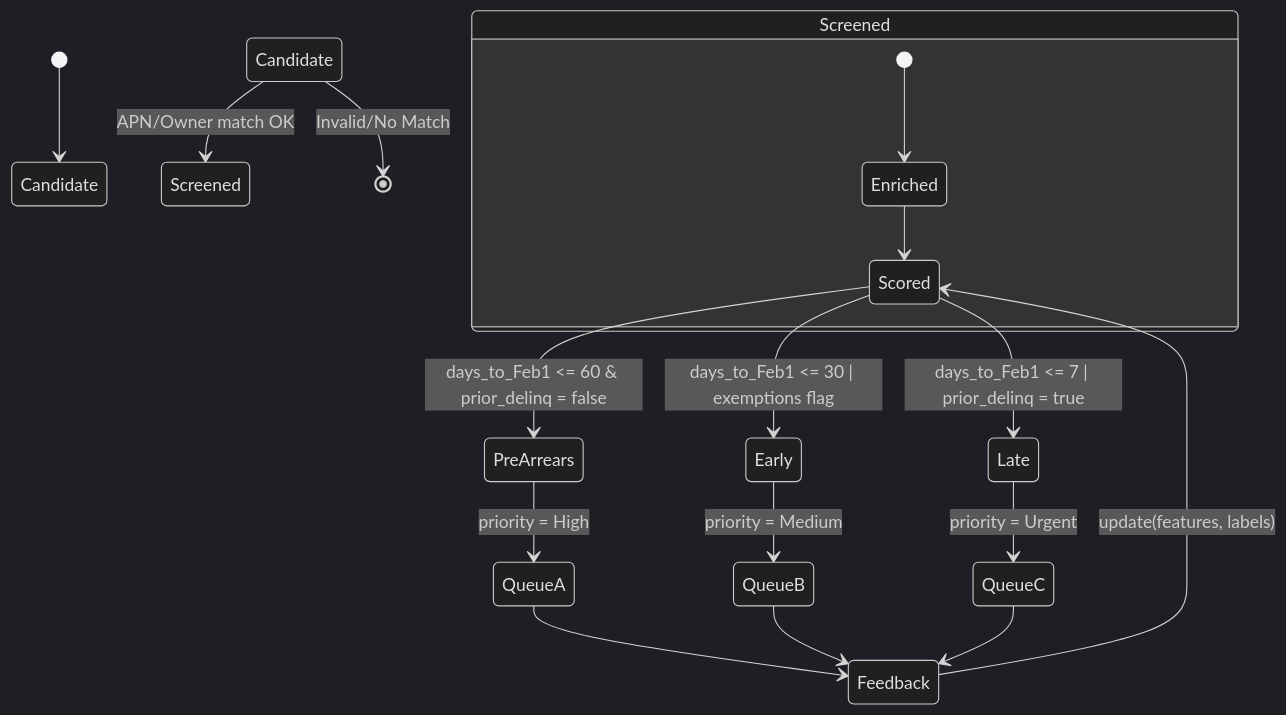
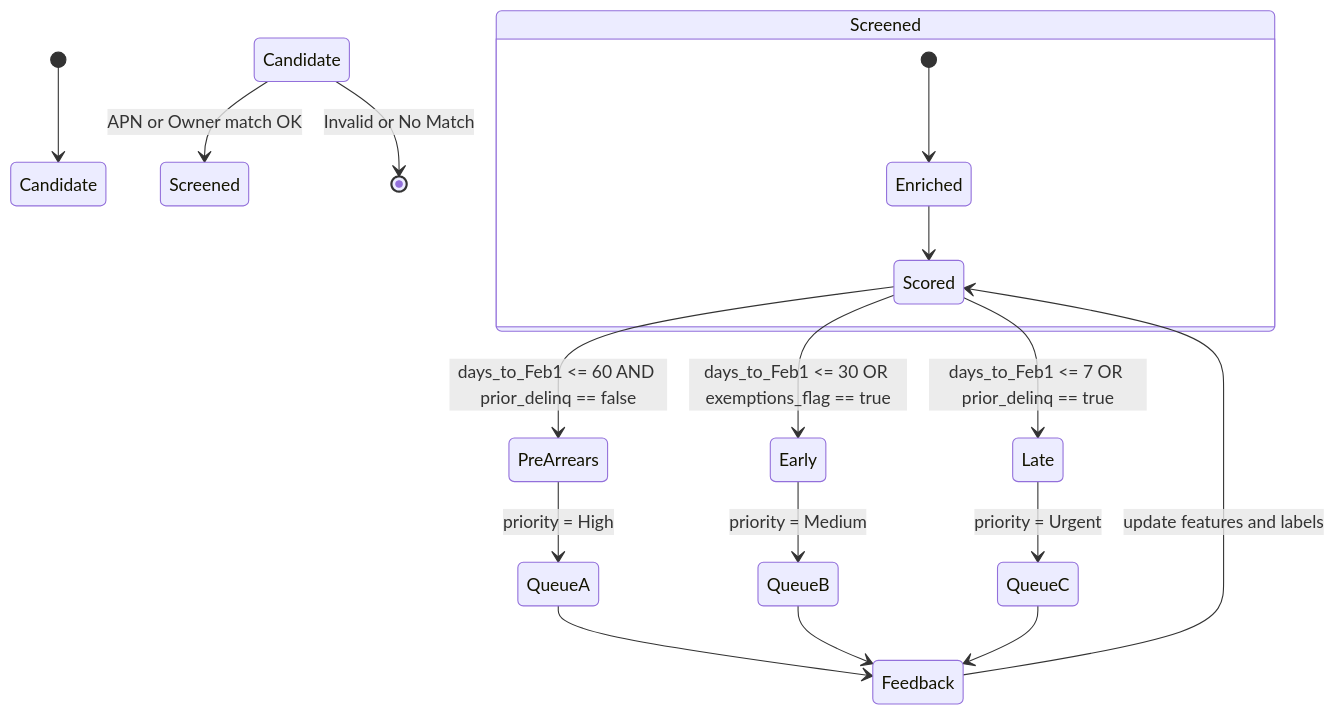
One commit to emcdo411/re-project changed the third of 5 diagrams in README.md. Above: the diagram before and after it, drawn with Mermaid. The commit also changed other lines of this file, not shown here.

````diff
--- a/README.md
+++ b/README.md
@@ -103,26 +92,25 @@
 ```mermaid
-%%{init: {"theme":"dark"}}%%
 stateDiagram-v2
   [*] --> Candidate
   state "Candidate" as C
-  C --> Screened: APN/Owner match OK
-  C --> [*]: Invalid/No Match
+  C --> Screened: APN or Owner match OK
+  C --> [*]: Invalid or No Match
 
   state "Screened" as S {
     [*] --> Enriched
     Enriched --> Scored
   }
 
-  Scored --> PreArrears: days_to_Feb1 <= 60 & prior_delinq = false
-  Scored --> Early: days_to_Feb1 <= 30 | exemptions flag
-  Scored --> Late: days_to_Feb1 <= 7 | prior_delinq = true
+  Scored --> PreArrears: days_to_Feb1 <= 60 AND prior_delinq == false
+  Scored --> Early: days_to_Feb1 <= 30 OR exemptions_flag == true
+  Scored --> Late: days_to_Feb1 <= 7 OR prior_delinq == true
 
   PreArrears --> QueueA: priority = High
   Early --> QueueB: priority = Medium
   Late --> QueueC: priority = Urgent
 
   QueueA --> Feedback
   QueueB --> Feedback
   QueueC --> Feedback
-  Feedback --> Scored: update(features, labels)
+  Feedback --> Scored: update features and labels
 ```
````
